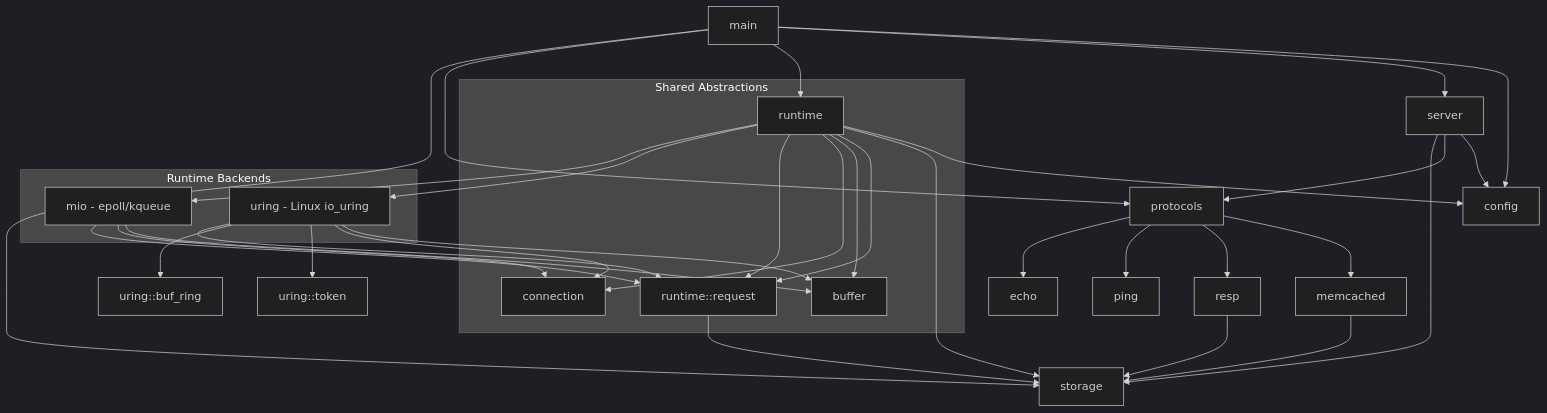
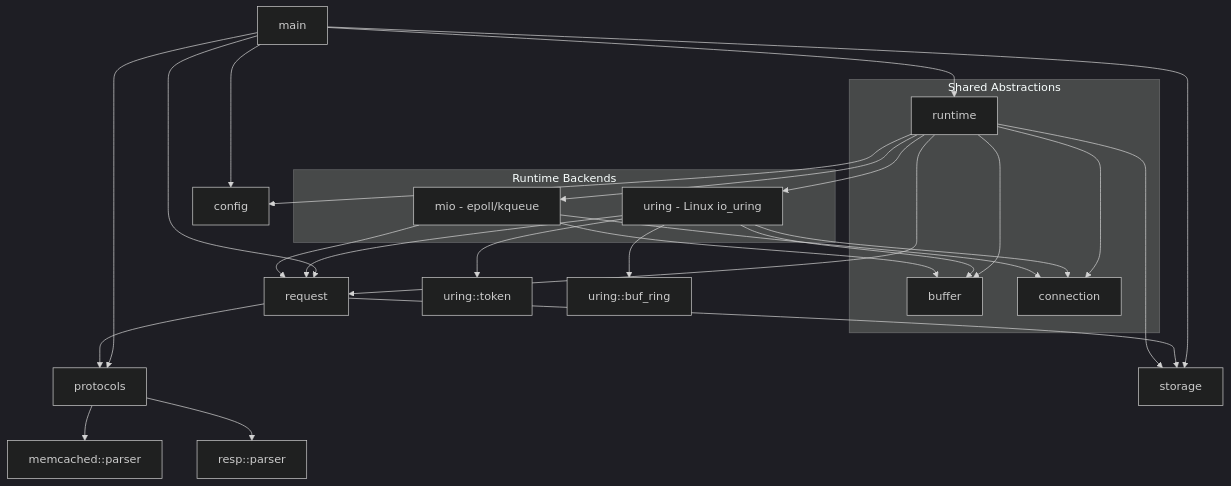
Before and after one commit to pelikan-io/grow-a-cache: the diagram in docs/architecture.md, drawn with Mermaid (dark theme). The commit also changed other lines of this file and 8 other files, not shown here.

````diff
--- a/docs/architecture.md
+++ b/docs/architecture.md
@@ -5,47 +5,38 @@
 ```mermaid
 graph TD
     main --> config
-    main --> server
+    main --> request
     main --> runtime
     main --> protocols
     main --> storage
 
-    server --> config
-    server --> protocols
-    server --> storage
+    request --> protocols
+    request --> storage
 
     runtime --> config
+    runtime --> request
     runtime --> storage
-    runtime --> runtime_request[runtime::request]
-
-    runtime_request --> storage
 
     subgraph runtime_shared[Shared Abstractions]
         runtime --> buffer
         runtime --> connection
-        runtime --> runtime_request
     end
 
     subgraph runtime_backends[Runtime Backends]
         runtime --> uring[uring - Linux io_uring]
         runtime --> mio[mio - epoll/kqueue]
     end
 
     uring --> buffer
     uring --> connection
     uring --> token[uring::token]
     uring --> buf_ring[uring::buf_ring]
-    uring --> runtime_request
+    uring --> request
 
     mio --> buffer
     mio --> connection
-    mio --> runtime_request
+    mio --> request
 
-    protocols --> memcached
-    protocols --> resp
-    protocols --> ping
-    protocols --> echo
-
-    memcached --> storage
-    resp --> storage
+    protocols --> memcached[memcached::parser]
+    protocols --> resp[resp::parser]
 ```
````
